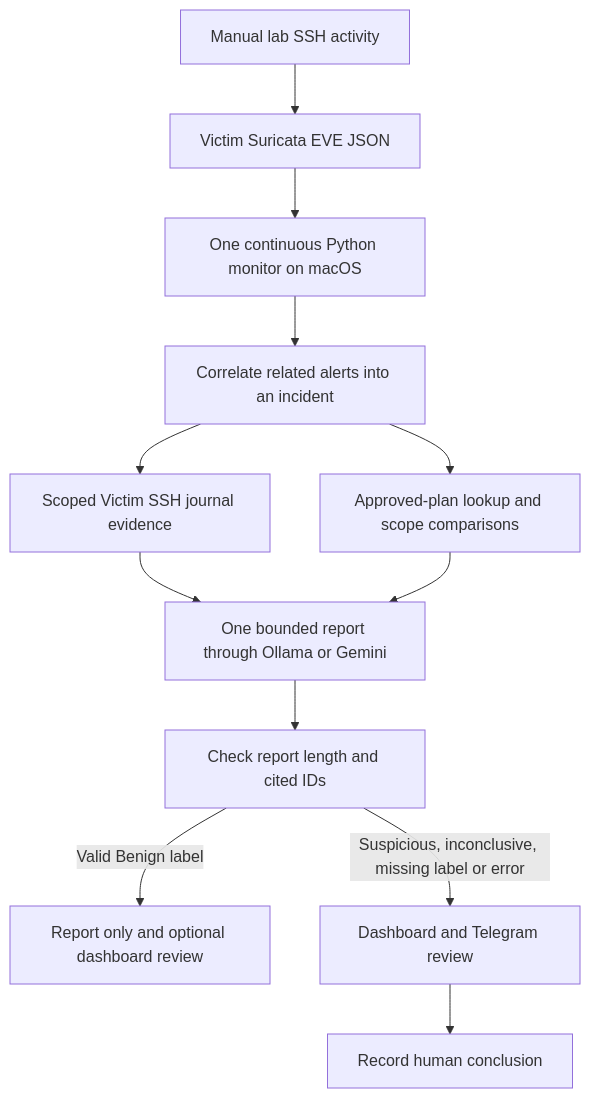
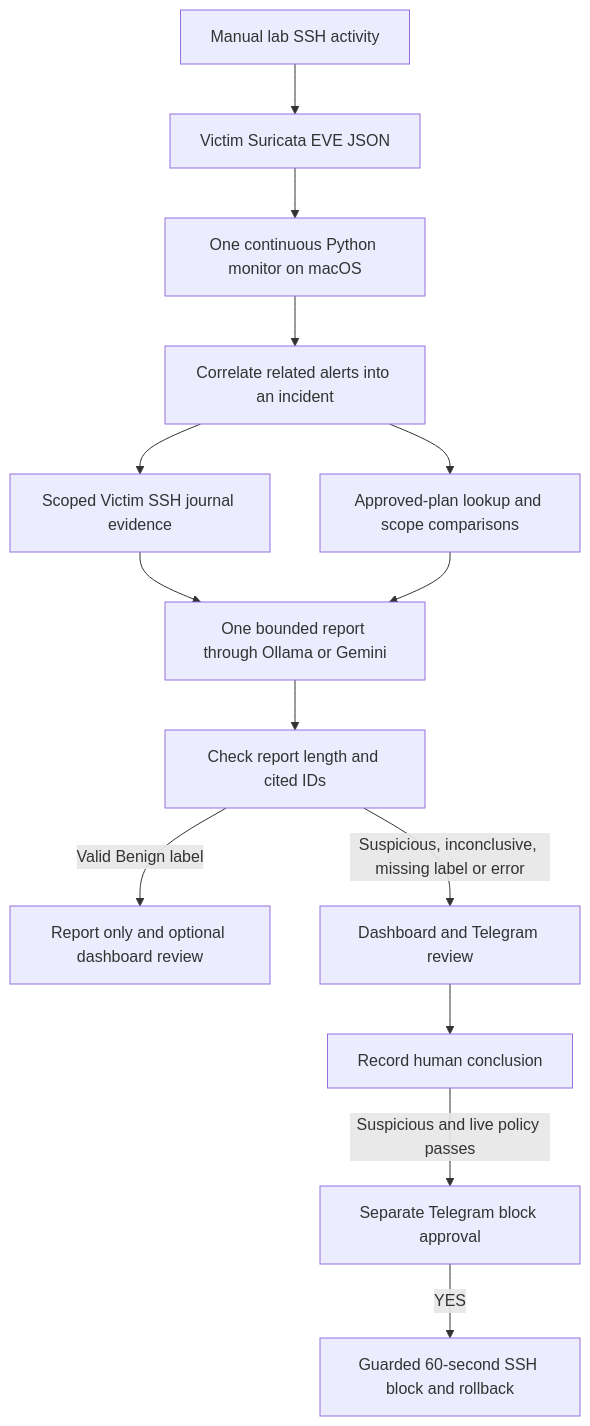
One commit to mashaojin/soar-investigation-macOS changed the first of 2 diagrams in README.md. Above: the diagram before and after it, drawn with Mermaid. The commit also changed other lines of this file and 8 other files, not shown here.

Commit message:
Require separate live block approval after suspicious review

````diff
--- a/README.md
+++ b/README.md
@@ -29,14 +29,16 @@
 ```mermaid
 flowchart TD
     A[Manual lab SSH activity] --> B[Victim Suricata EVE JSON]
     B --> C[One continuous Python monitor on macOS]
     C --> D[Correlate related alerts into an incident]
     D --> E[Scoped Victim SSH journal evidence]
     D --> F[Approved-plan lookup and scope comparisons]
     E --> G[One bounded report through Ollama or Gemini]
     F --> G
     G --> H[Check report length and cited IDs]
     H -->|Valid Benign label| I[Report only and optional dashboard review]
     H -->|Suspicious, inconclusive, missing label or error| J[Dashboard and Telegram review]
     J --> K[Record human conclusion]
+    K -->|Suspicious and live policy passes| L[Separate Telegram block approval]
+    L -->|YES| M[Guarded 60-second SSH block and rollback]
 ```
````
